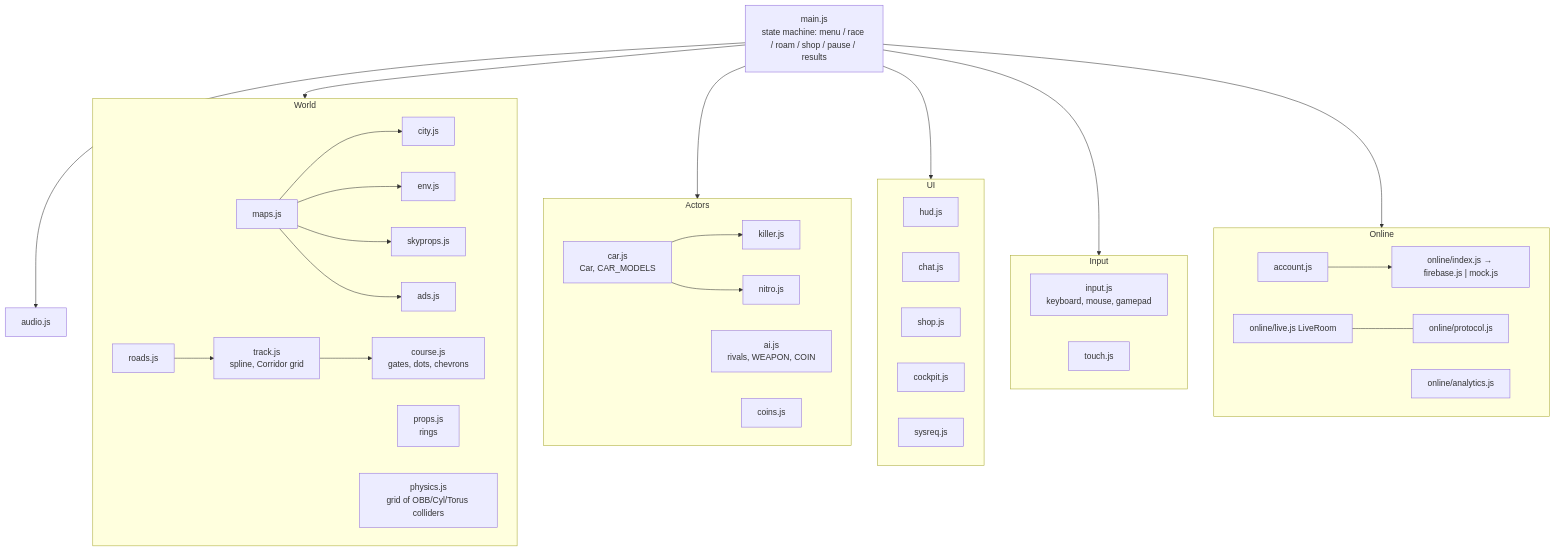
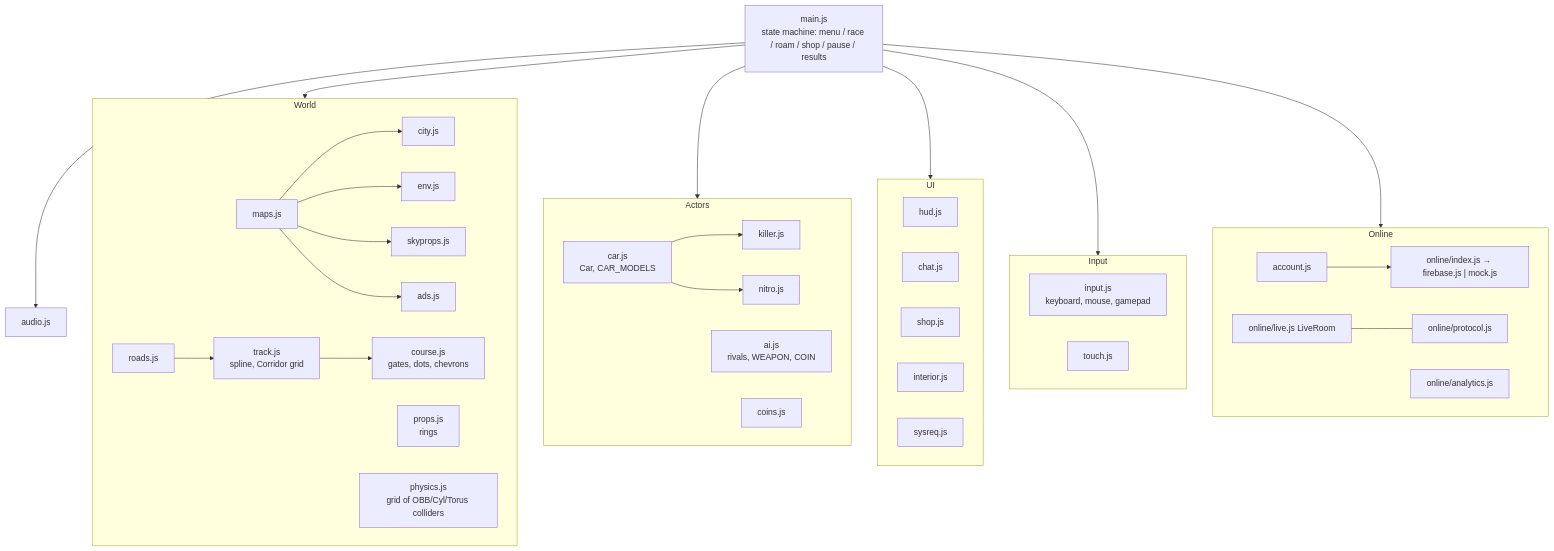
One commit to kalk1t/neon_c changed the second of 2 diagrams in techplan/01-architecture.md. Above: the diagram before and after it, drawn with Mermaid. The commit also changed 8 other files, not shown here.

````diff
--- a/techplan/01-architecture.md
+++ b/techplan/01-architecture.md
@@ -70,28 +70,28 @@
 ```mermaid
 flowchart TB
   main["main.js<br/>state machine: menu / race / roam / shop / pause / results"]
   subgraph World
     maps["maps.js"] --> city["city.js"] & env["env.js"] & sky["skyprops.js"] & ads["ads.js"]
     roads["roads.js"] --> track["track.js<br/>spline, Corridor grid"] --> course["course.js<br/>gates, dots, chevrons"]
     props["props.js<br/>rings"] 
     physics["physics.js<br/>grid of OBB/Cyl/Torus colliders"]
   end
   subgraph Actors
     car["car.js<br/>Car, CAR_MODELS"] --> killer["killer.js"] & nitro["nitro.js"]
     ai["ai.js<br/>rivals, WEAPON, COIN"]
     coins["coins.js"]
   end
   subgraph UI
-    hud["hud.js"]; chat["chat.js"]; shop["shop.js"]; cockpit["cockpit.js"]; sysreq["sysreq.js"]
+    hud["hud.js"]; chat["chat.js"]; shop["shop.js"]; interior["interior.js"]; sysreq["sysreq.js"]
   end
   subgraph Input
     input["input.js<br/>keyboard, mouse, gamepad"]; touch["touch.js"]
   end
   audio["audio.js"]
   subgraph Online
     account["account.js"] --> backend["online/index.js → firebase.js | mock.js"]
     live["online/live.js LiveRoom"] --- proto["online/protocol.js"]
     analytics["online/analytics.js"]
   end
   main --> World & Actors & UI & Input & audio & Online
 ```
````
